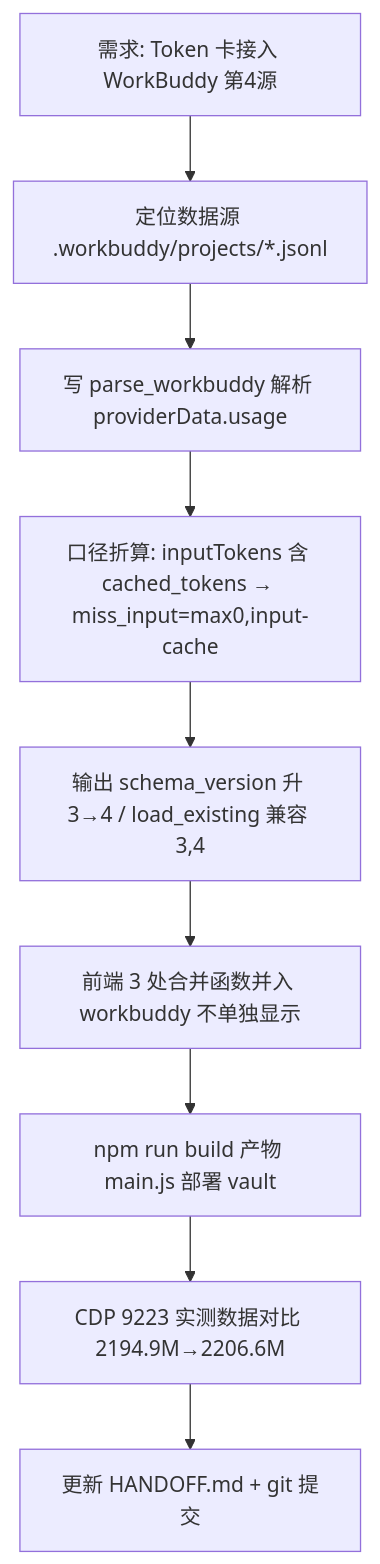
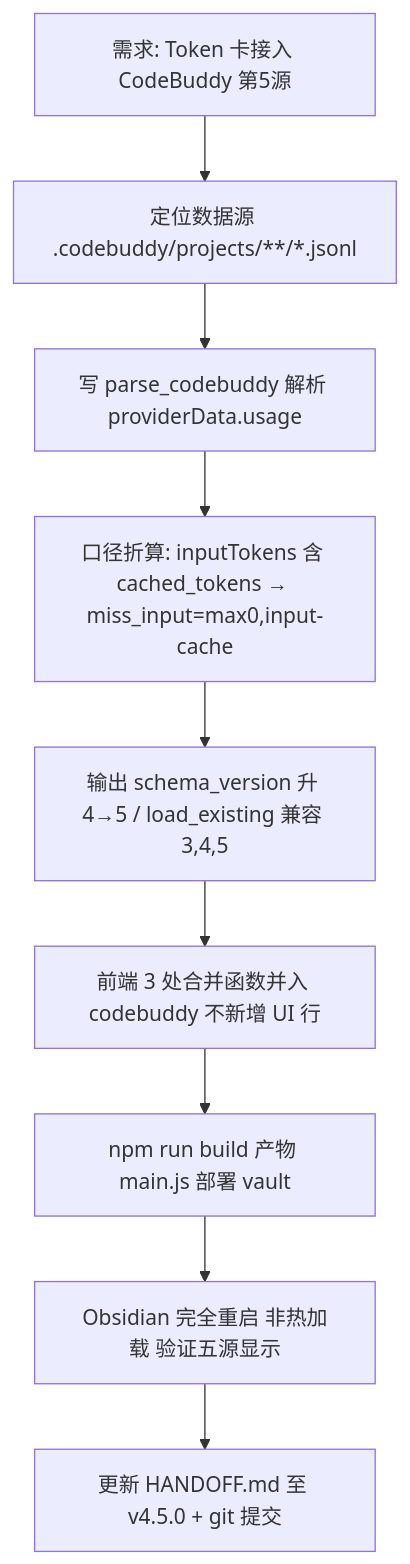
Before and after one commit to billikroetzlyr43-eng/obsidian-smart-dashboard: the diagram in HANDOFF.md, drawn with Mermaid. The commit also changed other lines of this file, not shown here.

Commit message:
chore(v4.5.0): HANDOFF 同步至 v4.5.0 对齐 CodeBuddy 第5源接入

````diff
--- a/HANDOFF.md
+++ b/HANDOFF.md
@@ -13,11 +13,11 @@
 ```mermaid
 flowchart TD
-    A[需求: Token 卡接入 WorkBuddy 第4源] --> B[定位数据源 .workbuddy/projects/*.jsonl]
-    B --> C[写 parse_workbuddy 解析 providerData.usage]
+    A[需求: Token 卡接入 CodeBuddy 第5源] --> B[定位数据源 .codebuddy/projects/**/*.jsonl]
+    B --> C[写 parse_codebuddy 解析 providerData.usage]
     C --> D[口径折算: inputTokens 含 cached_tokens → miss_input=max0,input-cache]
-    D --> E[输出 schema_version 升 3→4 / load_existing 兼容 3,4]
-    E --> F[前端 3 处合并函数并入 workbuddy 不单独显示]
+    D --> E[输出 schema_version 升 4→5 / load_existing 兼容 3,4,5]
+    E --> F[前端 3 处合并函数并入 codebuddy 不新增 UI 行]
     F --> G[npm run build 产物 main.js 部署 vault]
-    G --> H[CDP 9223 实测数据对比 2194.9M→2206.6M]
-    H --> I[更新 HANDOFF.md + git 提交]
+    G --> H[Obsidian 完全重启 非热加载 验证五源显示]
+    H --> I[更新 HANDOFF.md 至 v4.5.0 + git 提交]
 ```
````
